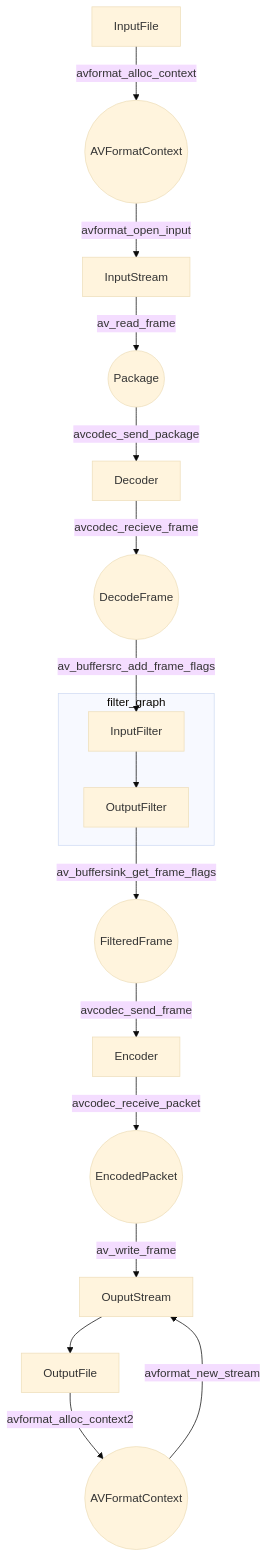
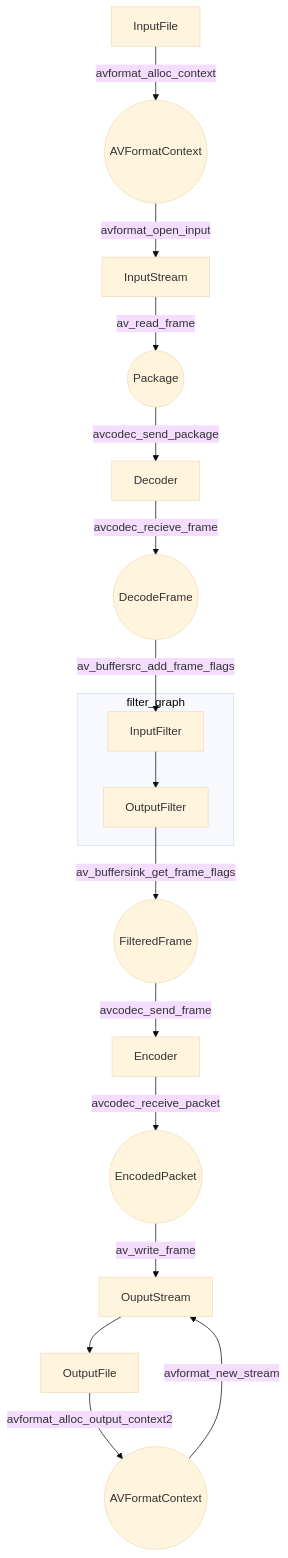
One commit to xujianhuaap/books changed the second of 2 diagrams in 20220615_ffmpeg_framwork_transcode.md. Above: the diagram before and after it, drawn with Mermaid (base theme). The commit also changed other lines of this file and 1 other file, not shown here.

Commit message:
feature:ffmpeg streammap

````diff
--- a/20220615_ffmpeg_framwork_transcode.md
+++ b/20220615_ffmpeg_framwork_transcode.md
@@ -8,16 +8,16 @@
 ```mermaid
 graph TB
 subgraph filter_graph
 InputFilter --> OutputFilter
 end
 
 InputFile -- avformat_alloc_context  -->C1((AVFormatContext)) --avformat_open_input--> InputStream
 InputStream --av_read_frame-->C2((Package))--avcodec_send_package-->Decoder --avcodec_recieve_frame-->C3((DecodeFrame))
 C3 --av_buffersrc_add_frame_flags--> InputFilter
 
 OutputFilter --av_buffersink_get_frame_flags--> C4((FilteredFrame))--avcodec_send_frame-->Encoder
 Encoder--avcodec_receive_packet-->C5((EncodedPacket))--av_write_frame-->OuputStream -->OutputFile
 
-OutputFile--avformat_alloc_context2-->C6((AVFormatContext))--avformat_new_stream-->OuputStream
+OutputFile--avformat_alloc_output_context2-->C6((AVFormatContext))--avformat_new_stream-->OuputStream
 
 ```
````
